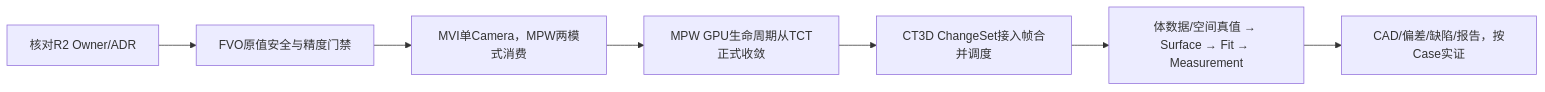
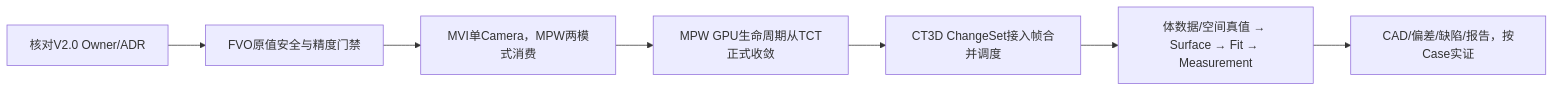
Diagram 21 of 21 in DOCS/Architecture/CxVisual_专业视觉体系#通用三维视觉工作台——整体架构与UML_V2.0.md (oudream/cx-visual-x3), drawn with Mermaid before and after one commit. The commit also changed other lines of this file and 3 other files, not shown here.

````diff
--- a/DOCS/Architecture/CxVisual_专业视觉体系#通用三维视觉工作台——整体架构与UML_V2.0.md
+++ b/DOCS/Architecture/CxVisual_专业视觉体系#通用三维视觉工作台——整体架构与UML_V2.0.md
@@ -1189,9 +1198,9 @@
 ```mermaid
 flowchart LR
- A["核对R2 Owner/ADR"] --> B["FVO原值安全与精度门禁"]
+ A["核对V2.0 Owner/ADR"] --> B["FVO原值安全与精度门禁"]
  B --> C["MVI单Camera，MPW两模式消费"]
  C --> D["MPW GPU生命周期从TCT正式收敛"]
  D --> E["CT3D ChangeSet接入帧合并调度"]
  E --> F["体数据/空间真值 → Surface → Fit → Measurement"]
  F --> G["CAD/偏差/缺陷/报告，按Case实证"]
 ```
````
